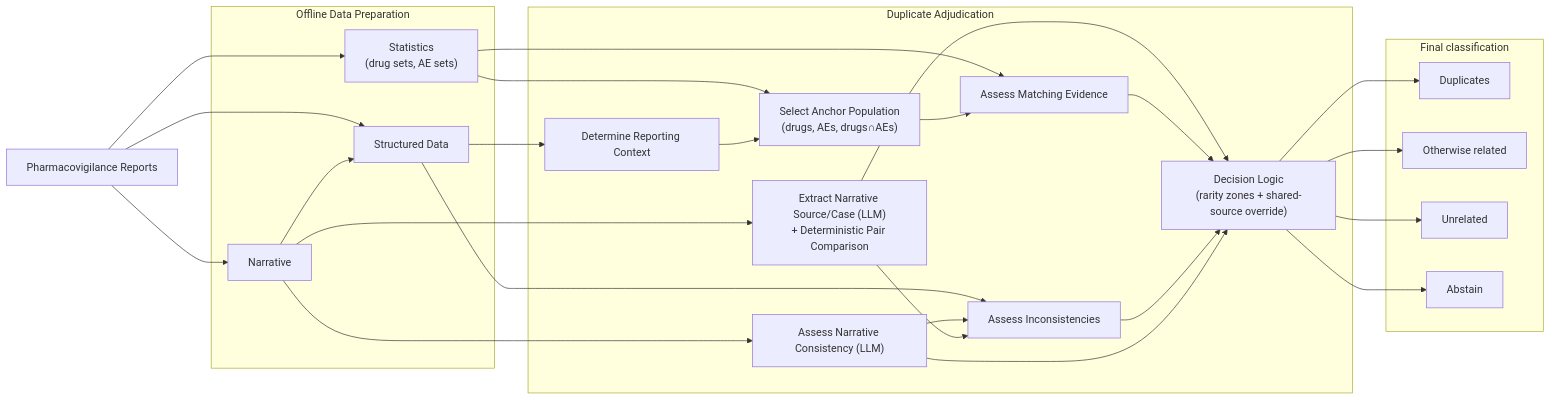
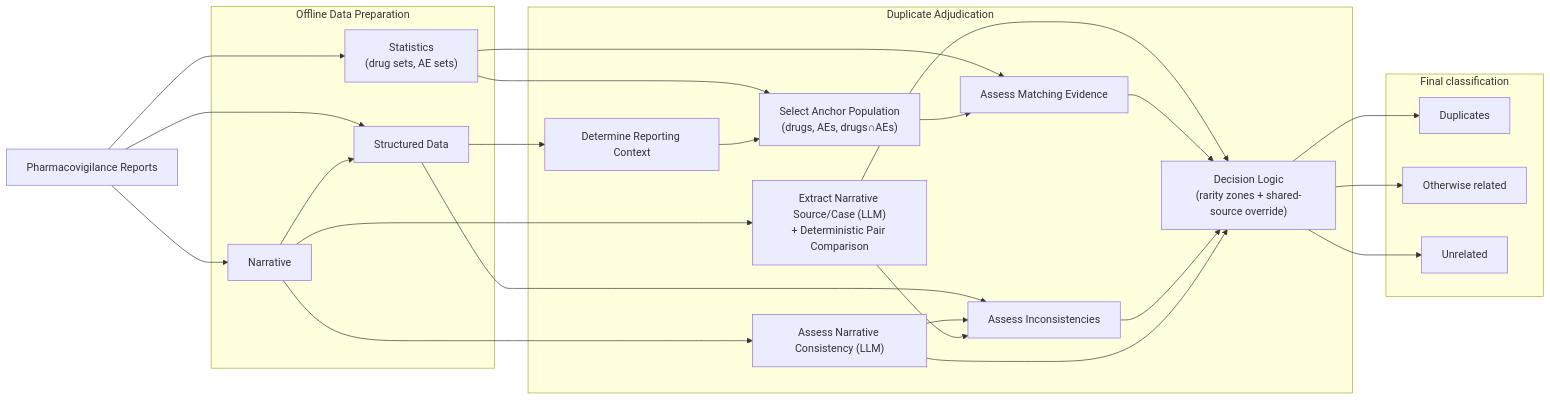
Before and after one commit to Uppsala-Monitoring-Centre/vigiTwin: the diagram in docs/pipeline_overview.md, drawn with Mermaid. The commit also changed other lines of this file and 5 other files, not shown here.

````diff
--- a/docs/pipeline_overview.md
+++ b/docs/pipeline_overview.md
@@ -36,57 +35,55 @@
 ```mermaid
 flowchart LR
 
 A["Pharmacovigilance Reports"]
 
 subgraph Data_Preparation["Offline Data Preparation"]
 B["Structured Data"]
 C["Narrative"]
 D["Statistics<br>(drug sets, AE sets)"]
 end
 
 subgraph Adjudication["Duplicate Adjudication"]
 E["Determine Reporting Context"]
 F["Select Anchor Population<br>(drugs, AEs, drugs∩AEs)"]
 H["Assess Matching Evidence"]
 I["Assess Inconsistencies"]
 J["Assess Narrative Consistency (LLM)"]
 S["Extract Narrative Source/Case (LLM)<br>+ Deterministic Pair Comparison"]
 K["Decision Logic<br>(rarity zones + shared-source override)"]
 end
 
 subgraph Output["Final classification"]
 M["Duplicates"]
 N["Otherwise related"]
 O["Unrelated"]
-P["Abstain"]
 end
 
 
 A --> B
 A --> C
 A --> D
 
 B --> E
 B --> I
 C --> B
 C --> J
 C --> S
 D --> F
 D --> H
 
 E --> F
 F --> H
 J --> I
 S --> I
 S --> K
 
 
 H --> K
 I --> K
 J --> K
 
 K --> M
 K --> N
 K --> O
-K --> P
 ```
````
